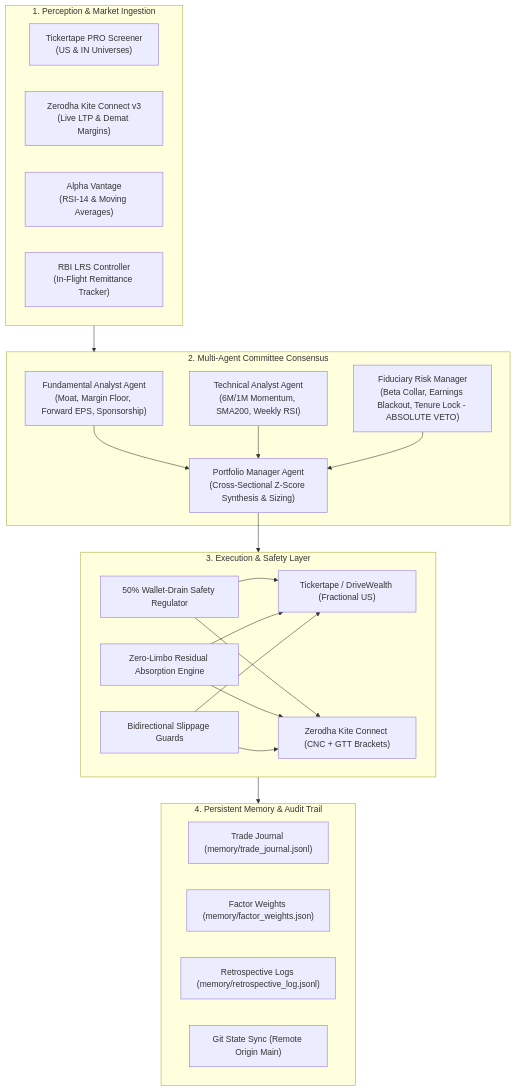
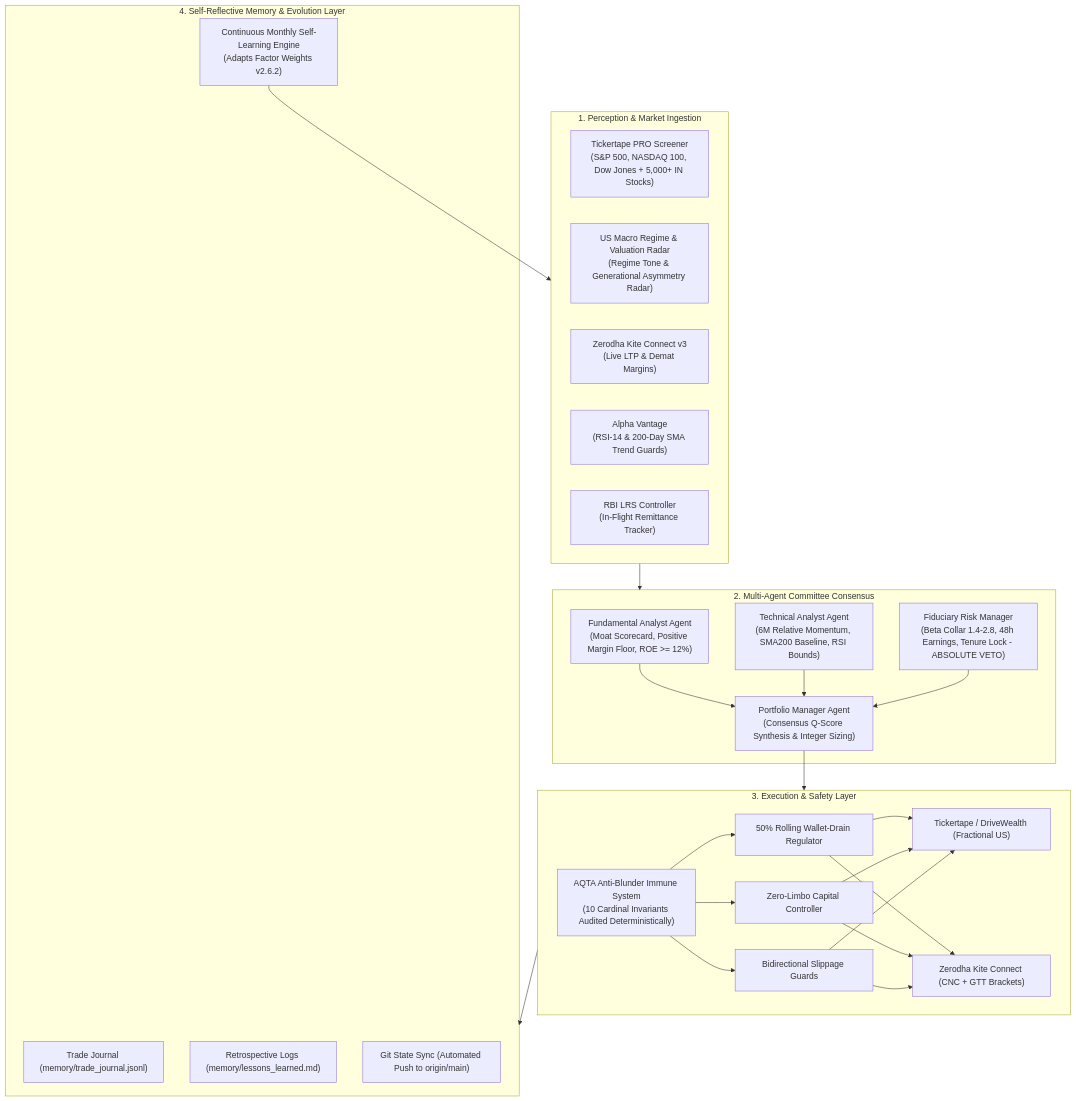
One commit to kevinhayesanderson/autonomous-trading-agent changed the second of 2 diagrams in README.md. Above: the diagram before and after it, drawn with Mermaid. The commit also changed other lines of this file, not shown here.

Commit message:
docs: streamline README, update Mermaid diagrams, and clarify autonomous 2-command operating standard

````diff
--- a/README.md
+++ b/README.md
@@ -76,37 +69,40 @@
 ```mermaid
 flowchart TD
     subgraph PerceptionLayer["1. Perception & Market Ingestion"]
-        TT["Tickertape PRO Screener\n(US & IN Universes)"]
+        TT["Tickertape PRO Screener\n(S&P 500, NASDAQ 100, Dow Jones + 5,000+ IN Stocks)"]
+        MR["US Macro Regime & Valuation Radar\n(Regime Tone & Generational Asymmetry Radar)"]
         ZT["Zerodha Kite Connect v3\n(Live LTP & Demat Margins)"]
-        AV["Alpha Vantage\n(RSI-14 & Moving Averages)"]
+        AV["Alpha Vantage\n(RSI-14 & 200-Day SMA Trend Guards)"]
         LRS["RBI LRS Controller\n(In-Flight Remittance Tracker)"]
     end
 
     subgraph ReasoningLayer["2. Multi-Agent Committee Consensus"]
-        FA["Fundamental Analyst Agent\n(Moat, Margin Floor, Forward EPS, Sponsorship)"]
-        TA["Technical Analyst Agent\n(6M/1M Momentum, SMA200, Weekly RSI)"]
-        RM["Fiduciary Risk Manager\n(Beta Collar, Earnings Blackout, Tenure Lock - ABSOLUTE VETO)"]
-        PM["Portfolio Manager Agent\n(Cross-Sectional Z-Score Synthesis & Sizing)"]
+        FA["Fundamental Analyst Agent\n(Moat Scorecard, Positive Margin Floor, ROE >= 12%)"]
+        TA["Technical Analyst Agent\n(6M Relative Momentum, SMA200 Baseline, RSI Bounds)"]
+        RM["Fiduciary Risk Manager\n(Beta Collar 1.4-2.8, 48h Earnings, Tenure Lock - ABSOLUTE VETO)"]
+        PM["Portfolio Manager Agent\n(Consensus Q-Score Synthesis & Integer Sizing)"]
     end
 
     subgraph ExecutionLayer["3. Execution & Safety Layer"]
-        WD["50% Wallet-Drain Safety Regulator"]
-        ZL["Zero-Limbo Residual Absorption Engine"]
+        IS["AQTA Anti-Blunder Immune System\n(10 Cardinal Invariants Audited Deterministically)"]
+        WD["50% Rolling Wallet-Drain Regulator"]
+        ZL["Zero-Limbo Capital Controller"]
         SG["Bidirectional Slippage Guards"]
         EX_US["Tickertape / DriveWealth (Fractional US)"]
         EX_IN["Zerodha Kite Connect (CNC + GTT Brackets)"]
     end
 
-    subgraph MemoryLayer["4. Persistent Memory & Audit Trail"]
+    subgraph MemoryLayer["4. Self-Reflective Memory & Evolution Layer"]
         TJ["Trade Journal (memory/trade_journal.jsonl)"]
-        FW["Factor Weights (memory/factor_weights.json)"]
-        RL["Retrospective Logs (memory/retrospective_log.jsonl)"]
-        GS["Git State Sync (Remote Origin Main)"]
+        LE["Continuous Monthly Self-Learning Engine\n(Adapts Factor Weights v2.6.2)"]
+        RL["Retrospective Logs (memory/lessons_learned.md)"]
+        GS["Git State Sync (Automated Push to origin/main)"]
     end
 
     PerceptionLayer --> ReasoningLayer
     FA & TA & RM --> PM
     PM --> ExecutionLayer
-    WD & ZL & SG --> EX_US & EX_IN
+    IS --> WD & ZL & SG --> EX_US & EX_IN
     ExecutionLayer --> MemoryLayer
+    LE --> PerceptionLayer
 ```
````
